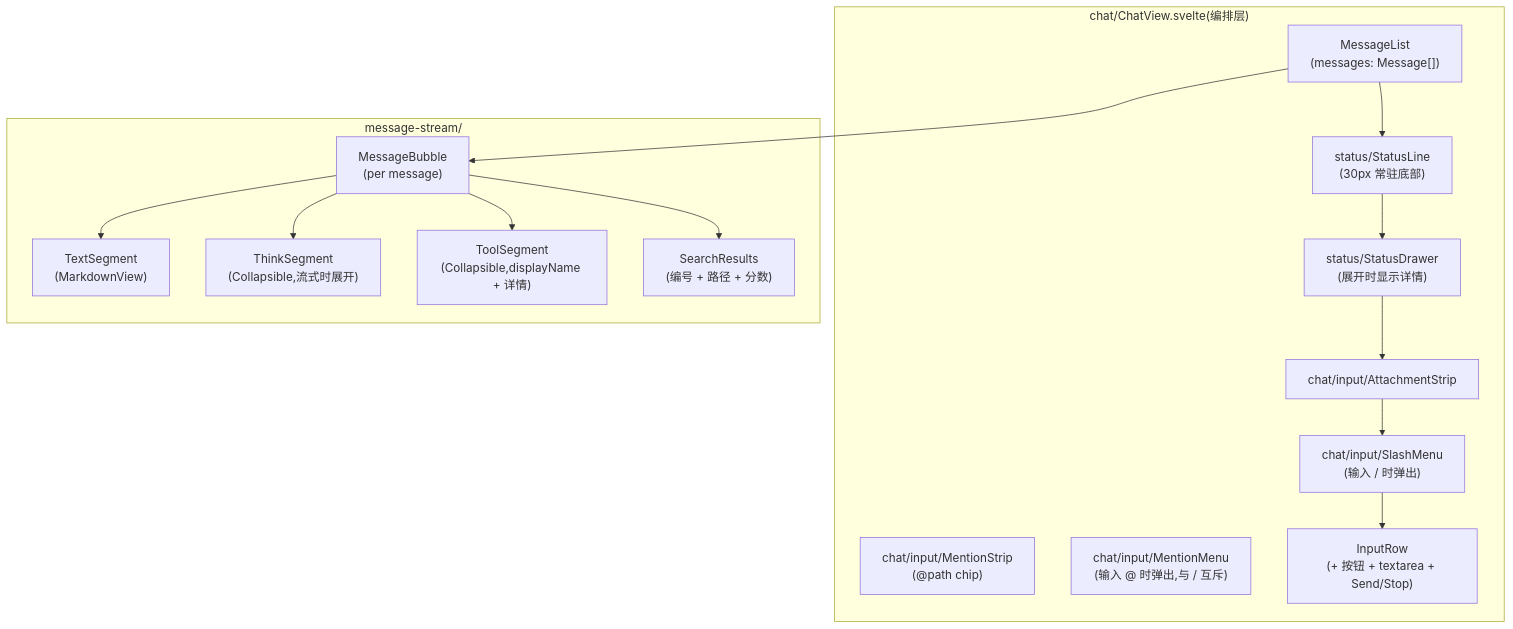
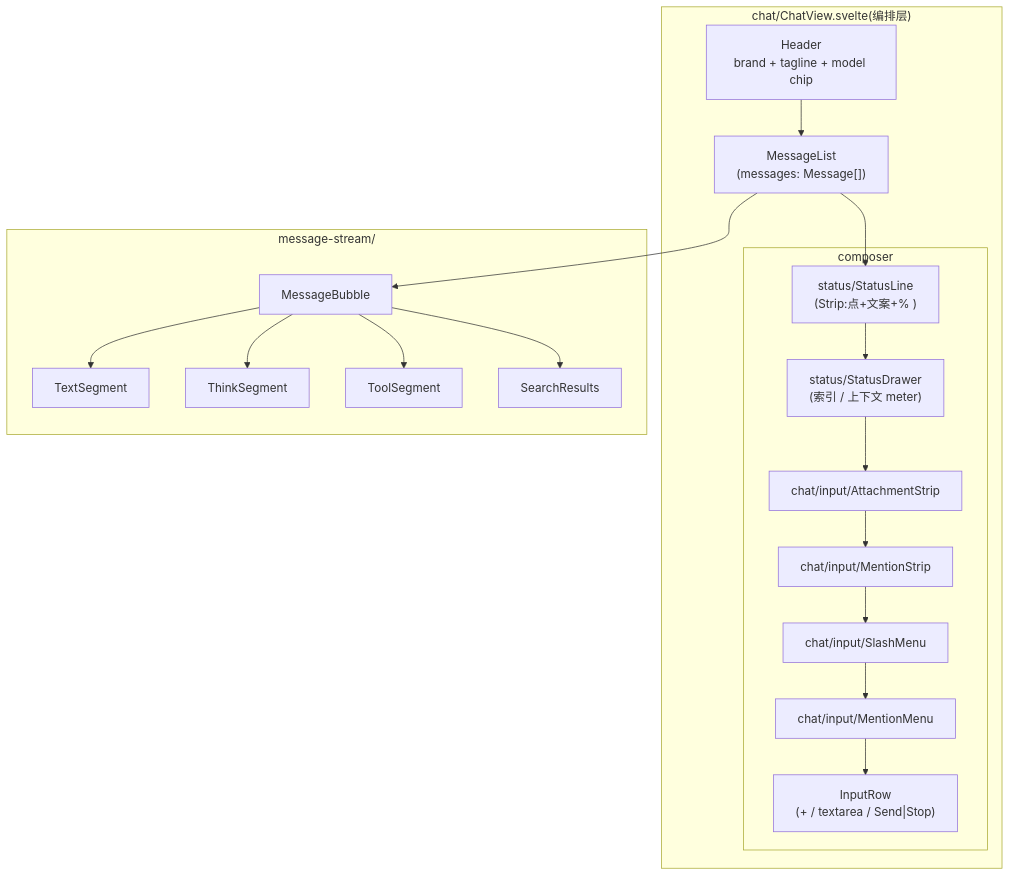
One commit to golddream-y/obsidian-ratel changed the third of 6 diagrams in docs/architecture/agent/chat.md. Above: the diagram before and after it, drawn with Mermaid. The commit also changed other lines of this file and 32 other files, not shown here.

````diff
--- a/docs/architecture/agent/chat.md
+++ b/docs/architecture/agent/chat.md
@@ -147,32 +147,38 @@
 ```mermaid
 graph TB
     subgraph "chat/ChatView.svelte(编排层)"
+        HD["Header<br/>brand + tagline + model chip"]
         ML["MessageList<br/>(messages: Message[])"]
-        SL["status/StatusLine<br/>(30px 常驻底部)"]
-        SD["status/StatusDrawer<br/>(展开时显示详情)"]
-        AS["chat/input/AttachmentStrip"]
-        MS["chat/input/MentionStrip<br/>(@path chip)"]
-        SM["chat/input/SlashMenu<br/>(输入 / 时弹出)"]
-        MM["chat/input/MentionMenu<br/>(输入 @ 时弹出,与 / 互斥)"]
-        IR["InputRow<br/>(+ 按钮 + textarea + Send/Stop)"]
+        subgraph "composer"
+            SL["status/StatusLine<br/>(Strip:点+文案+% )"]
+            SD["status/StatusDrawer<br/>(索引 / 上下文 meter)"]
+            AS["chat/input/AttachmentStrip"]
+            MS["chat/input/MentionStrip"]
+            SM["chat/input/SlashMenu"]
+            MM["chat/input/MentionMenu"]
+            IR["InputRow<br/>(+ / textarea / Send|Stop)"]
+        end
     end
 
     subgraph "message-stream/"
-        MB["MessageBubble<br/>(per message)"]
-        TS["TextSegment<br/>(MarkdownView)"]
-        TK["ThinkSegment<br/>(Collapsible,流式时展开)"]
-        TL["ToolSegment<br/>(Collapsible,displayName + 详情)"]
-        SR["SearchResults<br/>(编号 + 路径 + 分数)"]
+        MB["MessageBubble"]
+        TS["TextSegment"]
+        TK["ThinkSegment"]
+        TL["ToolSegment"]
+        SR["SearchResults"]
     end
 
+    HD --> ML
     ML --> MB
     MB --> TS
     MB --> TK
     MB --> TL
     MB --> SR
     ML --> SL
     SL --> SD
     SD --> AS
-    AS --> SM
-    SM --> IR
+    AS --> MS
+    MS --> SM
+    SM --> MM
+    MM --> IR
 ```
````
